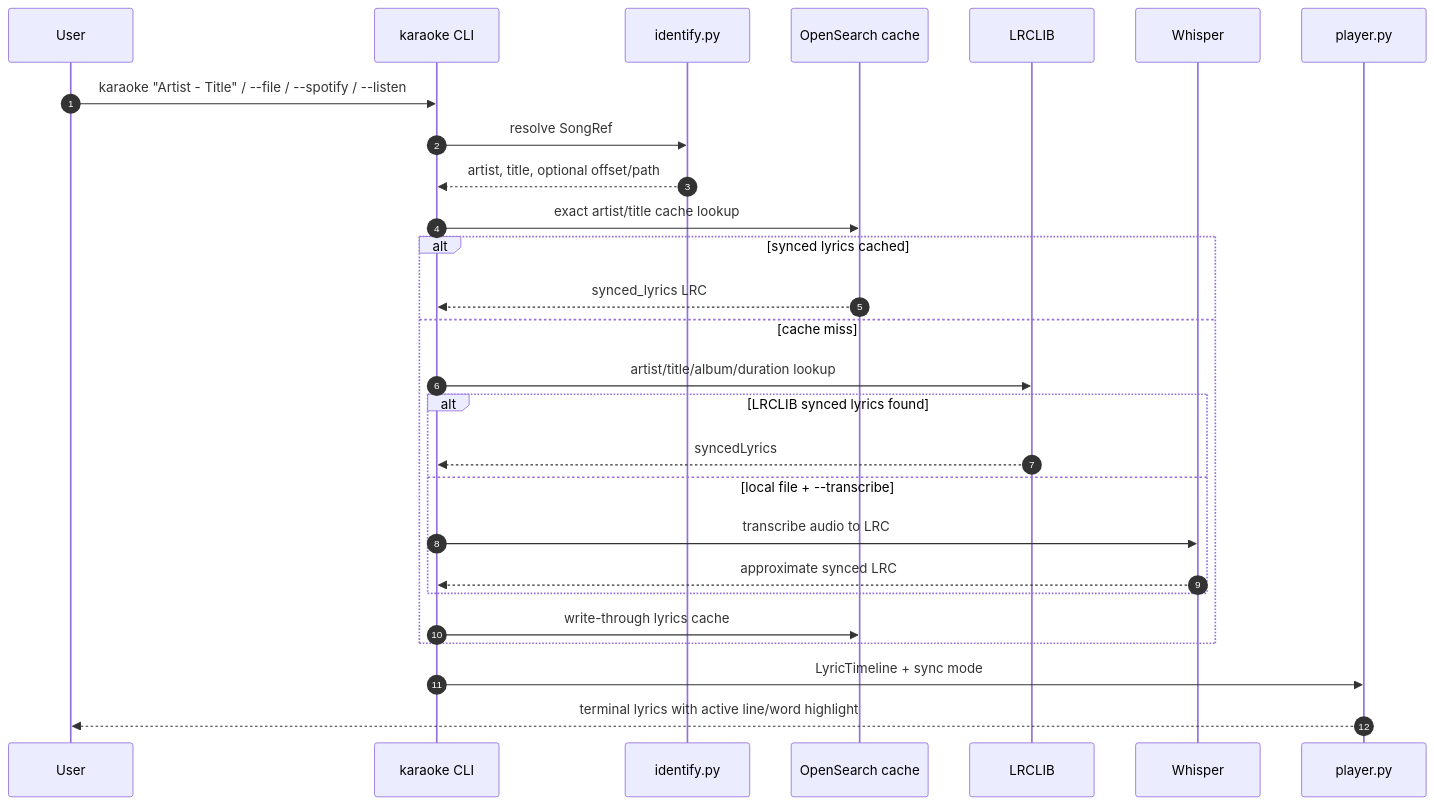
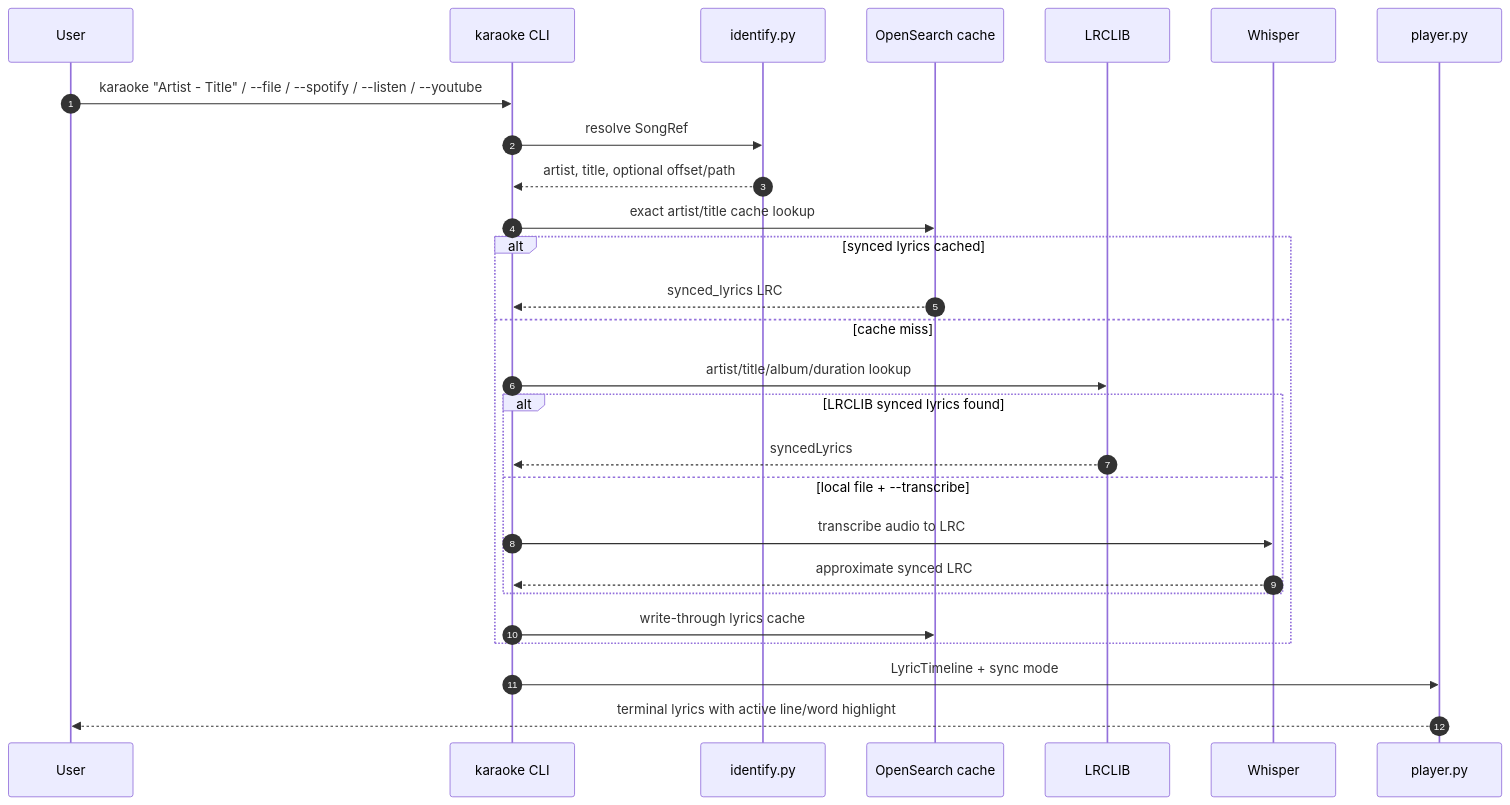
One commit to violetina/karaoke changed the second of 5 diagrams in docs/architecture.md. Above: the diagram before and after it, drawn with Mermaid. The commit also changed other lines of this file and 5 other files, not shown here.

````diff
--- a/docs/architecture.md
+++ b/docs/architecture.md
@@ -67,30 +68,30 @@
 ```mermaid
 sequenceDiagram
     autonumber
     participant User
     participant CLI as karaoke CLI
     participant Identify as identify.py
     participant Cache as OpenSearch cache
     participant LRCLIB
     participant Whisper
     participant Player as player.py
 
-    User->>CLI: karaoke "Artist - Title" / --file / --spotify / --listen
+    User->>CLI: karaoke "Artist - Title" / --file / --spotify / --listen / --youtube
     CLI->>Identify: resolve SongRef
     Identify-->>CLI: artist, title, optional offset/path
     CLI->>Cache: exact artist/title cache lookup
     alt synced lyrics cached
         Cache-->>CLI: synced_lyrics LRC
     else cache miss
         CLI->>LRCLIB: artist/title/album/duration lookup
         alt LRCLIB synced lyrics found
             LRCLIB-->>CLI: syncedLyrics
         else local file + --transcribe
             CLI->>Whisper: transcribe audio to LRC
             Whisper-->>CLI: approximate synced LRC
         end
         CLI->>Cache: write-through lyrics cache
     end
     CLI->>Player: LyricTimeline + sync mode
     Player-->>User: terminal lyrics with active line/word highlight
 ```
````
